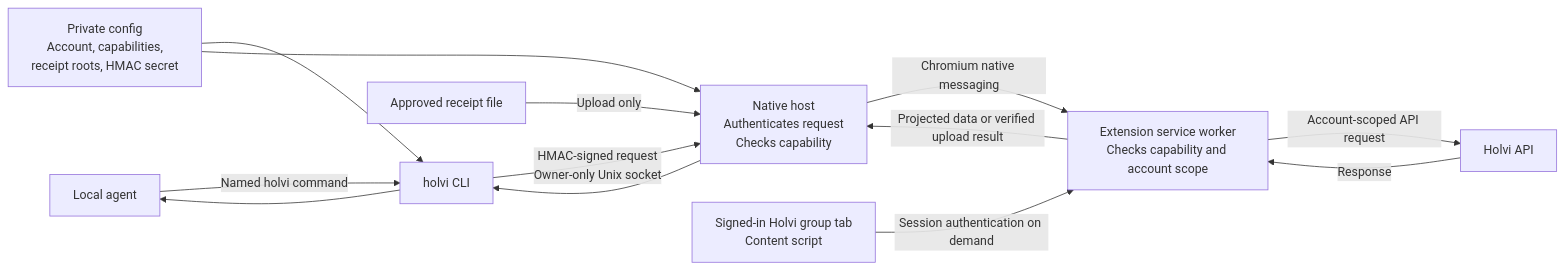
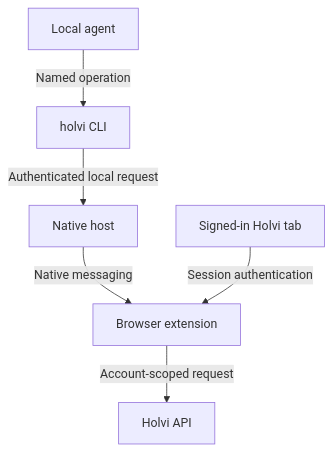
The diagram in README.md (raine/holvi-agent-bridge), drawn with Mermaid before and after one commit. The commit also changed other lines of this file, not shown here.

Commit message:
readme: simplify bridge diagram
Use a top-down flow with only the five runtime components and the signed-in tab.
Keep capability enforcement and projected responses in accompanying text so the
diagram remains narrow and readable on GitHub.

````diff
--- a/README.md
+++ b/README.md
@@ -12,15 +12,8 @@
 ```mermaid
-flowchart LR
-    Agent["Local agent"] -->|"Named holvi command"| CLI["holvi CLI"]
-    Config["Private config<br/>Account, capabilities,<br/>receipt roots, HMAC secret"] --> CLI
-    CLI -->|"HMAC-signed request<br/>Owner-only Unix socket"| Host["Native host<br/>Authenticates request<br/>Checks capability"]
-    Config --> Host
-    Receipt["Approved receipt file"] -->|"Upload only"| Host
-    Host -->|"Chromium native messaging"| Extension["Extension service worker<br/>Checks capability and account scope"]
-    Tab["Signed-in Holvi group tab<br/>Content script"] -->|"Session authentication on demand"| Extension
-    Extension -->|"Account-scoped API request"| API["Holvi API"]
-    API -->|"Response"| Extension
-    Extension -->|"Projected data or verified upload result"| Host
-    Host --> CLI
-    CLI --> Agent
+flowchart TD
+    Agent["Local agent"] -->|"Named operation"| CLI["holvi CLI"]
+    CLI -->|"Authenticated local request"| Host["Native host"]
+    Host -->|"Native messaging"| Extension["Browser extension"]
+    Tab["Signed-in Holvi tab"] -->|"Session authentication"| Extension
+    Extension -->|"Account-scoped request"| API["Holvi API"]
 ```
````
